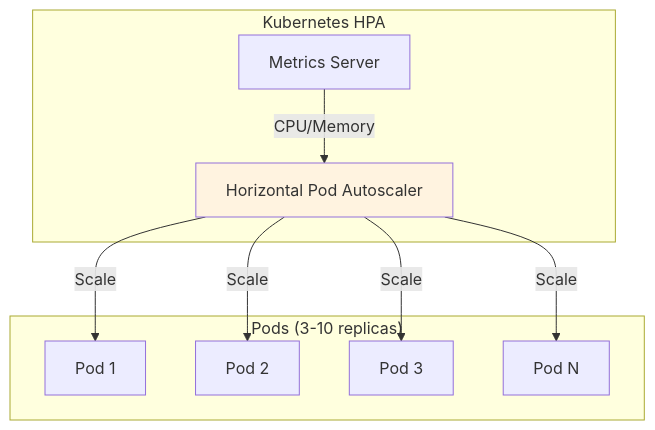
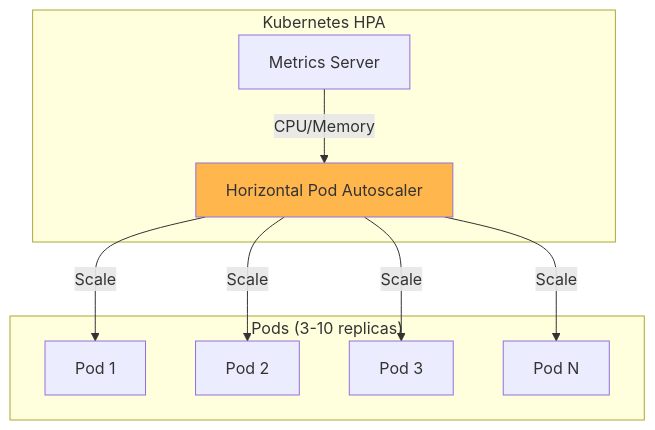
The ninth of 11 diagrams in docs/ARCHITECTURE.md (YouSangSon/database-service), drawn with Mermaid before and after one commit. The commit also changed other lines of this file and 5 other files, not shown here.

First line of the commit message:
Update to Go 1.25.4 and improve Mermaid diagram readability

````diff
--- a/docs/ARCHITECTURE.md
+++ b/docs/ARCHITECTURE.md
@@ -381,22 +381,22 @@
 ```mermaid
 graph TB
     subgraph "Kubernetes HPA"
         M[Metrics Server]
         HPA[Horizontal Pod Autoscaler]
     end
 
     subgraph "Pods (3-10 replicas)"
         P1[Pod 1]
         P2[Pod 2]
         P3[Pod 3]
         PN[Pod N]
     end
 
     M -->|CPU/Memory| HPA
     HPA -->|Scale| P1
     HPA -->|Scale| P2
     HPA -->|Scale| P3
     HPA -->|Scale| PN
 
-    style HPA fill:#fff3e0
+    style HPA fill:#ffb74d
 ```
````
